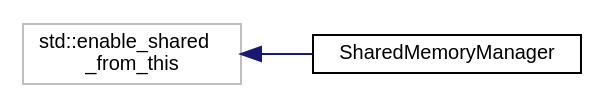
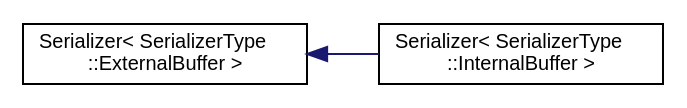
The diagram in inherit_graph_15.dot (akukhta/ki), drawn with Graphviz before and after one commit. The commit also changed 151 other files, not shown here.

```diff
--- a/inherit_graph_15.dot
+++ b/inherit_graph_15.dot
@@ -1,10 +1,10 @@
 digraph "Graphical Class Hierarchy"
 {
  // LATEX_PDF_SIZE
   edge [fontname="Helvetica",fontsize="10",labelfontname="Helvetica",labelfontsize="10"];
   node [fontname="Helvetica",fontsize="10",shape=record];
   rankdir="LR";
-  Node3 [label="std::enable_shared\l_from_this",height=0.2,width=0.4,color="grey75", fillcolor="white", style="filled",tooltip=" "];
-  Node3 -> Node0 [dir="back",color="midnightblue",fontsize="10",style="solid",fontname="Helvetica"];
-  Node0 [label="SharedMemoryManager",height=0.2,width=0.4,color="black", fillcolor="white", style="filled",URL="$classSharedMemoryManager.html",tooltip=" "];
+  Node0 [label="Serializer\< SerializerType\l::ExternalBuffer \>",height=0.2,width=0.4,color="black", fillcolor="white", style="filled",URL="$classSerializer_3_01SerializerType_1_1ExternalBuffer_01_4.html",tooltip=" "];
+  Node0 -> Node1 [dir="back",color="midnightblue",fontsize="10",style="solid",fontname="Helvetica"];
+  Node1 [label="Serializer\< SerializerType\l::InternalBuffer \>",height=0.2,width=0.4,color="black", fillcolor="white", style="filled",URL="$classSerializer_3_01SerializerType_1_1InternalBuffer_01_4.html",tooltip=" "];
 }
```
